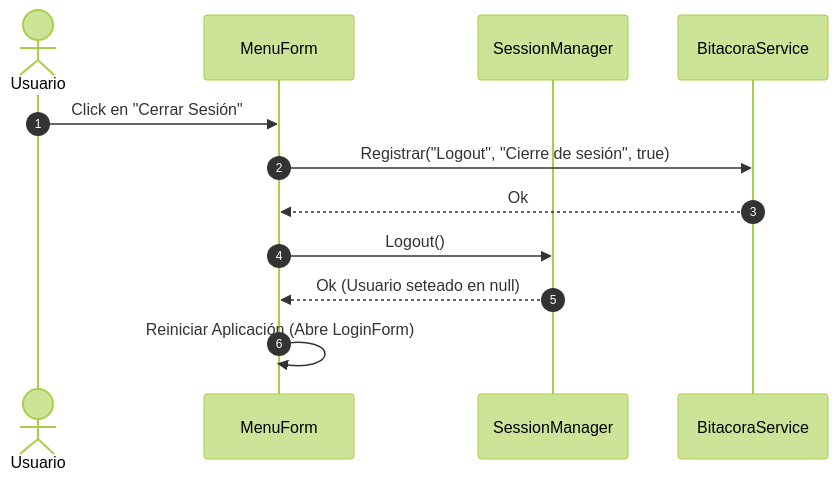
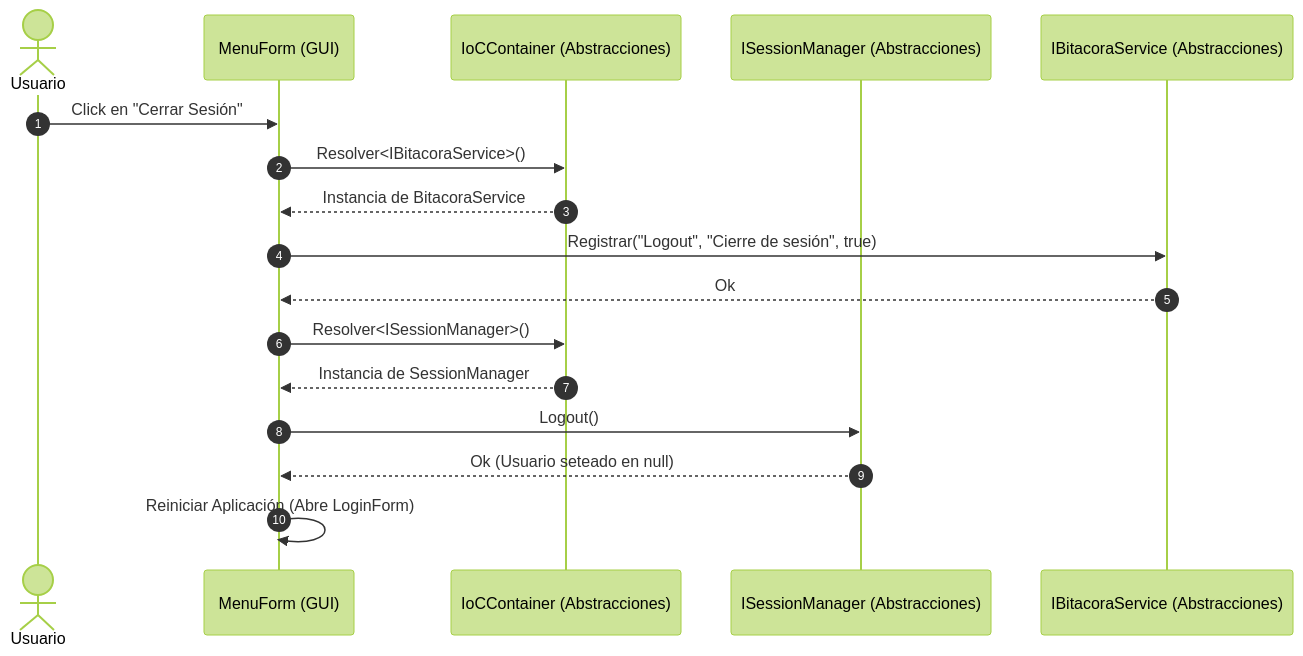
The seventh of 25 diagrams in Documentacion/diagrams_code.md (LautiSmyth/Stach), drawn with Mermaid (forest theme) before and after one commit. The commit also changed other lines of this file, not shown here.

Commit message:
Doc: Update sequence and module class diagrams to explicitly include the Abstracciones layer interfaces and IoCContainer

````diff
--- a/Documentacion/diagrams_code.md
+++ b/Documentacion/diagrams_code.md
@@ -187,15 +228,20 @@
 ```mermaid
 sequenceDiagram
     autonumber
     actor Admin as Usuario
-    participant GUI as MenuForm
-    participant Srv as SessionManager
-    participant Bit as BitacoraService
+    participant GUI as MenuForm (GUI)
+    participant IoC as IoCContainer (Abstracciones)
+    participant Srv as ISessionManager (Abstracciones)
+    participant Bit as IBitacoraService (Abstracciones)
 
     Admin->>GUI: Click en "Cerrar Sesión"
+    GUI->>IoC: Resolver<IBitacoraService>()
+    IoC-->>GUI: Instancia de BitacoraService
     GUI->>Bit: Registrar("Logout", "Cierre de sesión", true)
     Bit-->>GUI: Ok
+    GUI->>IoC: Resolver<ISessionManager>()
+    IoC-->>GUI: Instancia de SessionManager
     GUI->>Srv: Logout()
     Srv-->>GUI: Ok (Usuario seteado en null)
     GUI->>GUI: Reiniciar Aplicación (Abre LoginForm)
 ```
````
